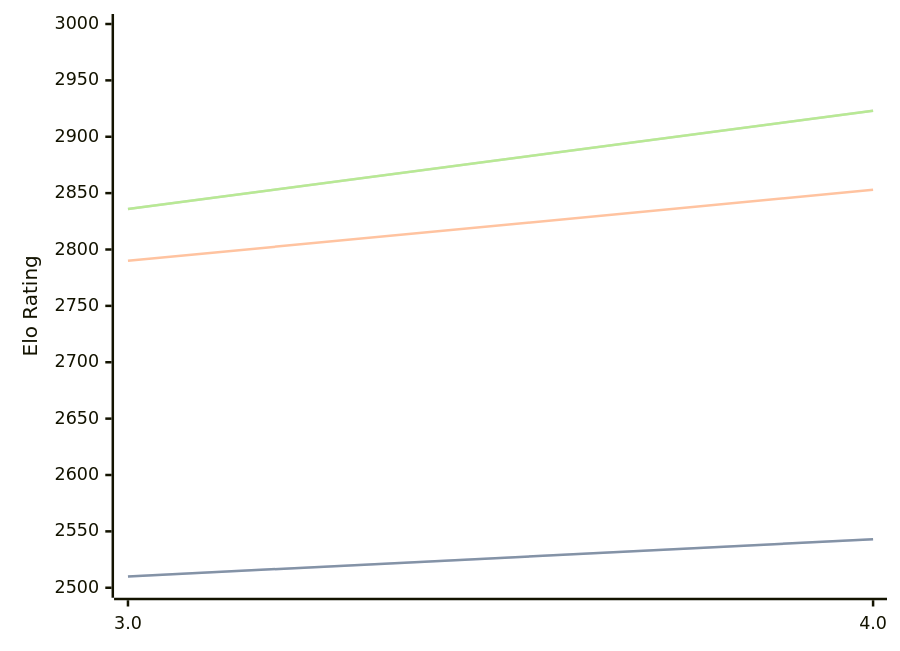
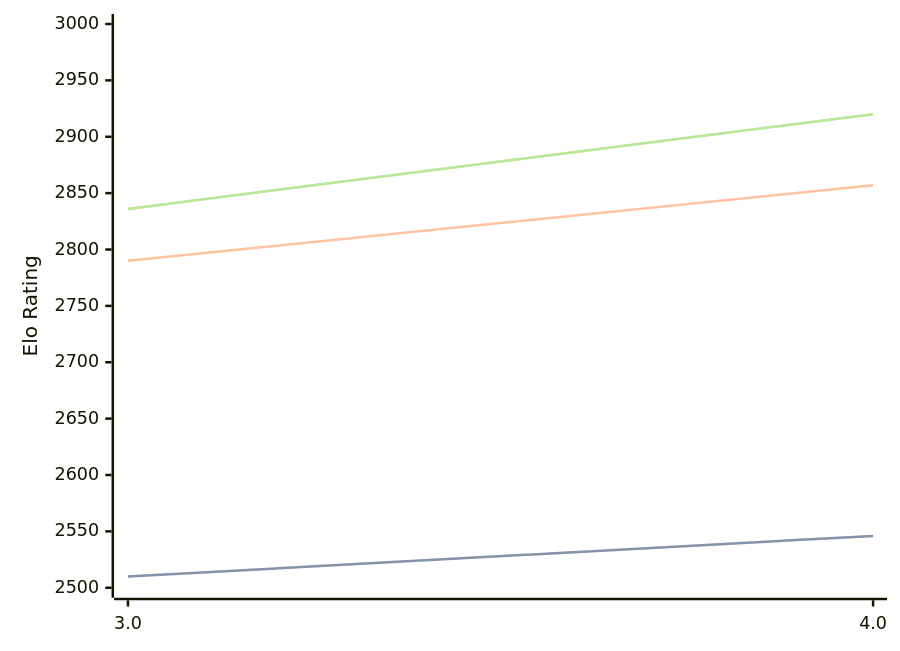
The diagram in engines/Chess3.md (computer-chess-index/cci), drawn with Mermaid before and after one commit. The commit also changed other lines of this file, not shown here.

Commit message:
Update CCI Ratings (ELO VLTC) - 2026-04-16

````diff
--- a/engines/Chess3.md
+++ b/engines/Chess3.md
@@ -34,11 +34,11 @@
 ```mermaid
 %%{init: {"theme":"base","themeVariables":{"seriesColors:['#a3a3a3','#222221','#faa371']}}}%%
 xychart-beta
   x-axis ["3.0", "4.0"]
   y-axis "Elo Rating" 2500 --> 3000
-  line "STC (8.0+0.08s)" [2510, 2543]
-  line "STC (8.0+0.08s)" [2510, 2543]
-  line "LTC (60.0+0.60s)" [2790, 2853]
-  line "VLTC (2m24s+1.12s)" [2836, 2923]
-  line "VLTC (2m24s+1.12s)" [2836, 2923]
+  line "STC (8.0+0.08s)" [2510, 2546]
+  line "STC (8.0+0.08s)" [2510, 2546]
+  line "LTC (60.0+0.60s)" [2790, 2857]
+  line "VLTC (2m24s+1.12s)" [2836, 2920]
+  line "VLTC (2m24s+1.12s)" [2836, 2920]
 ```
````
